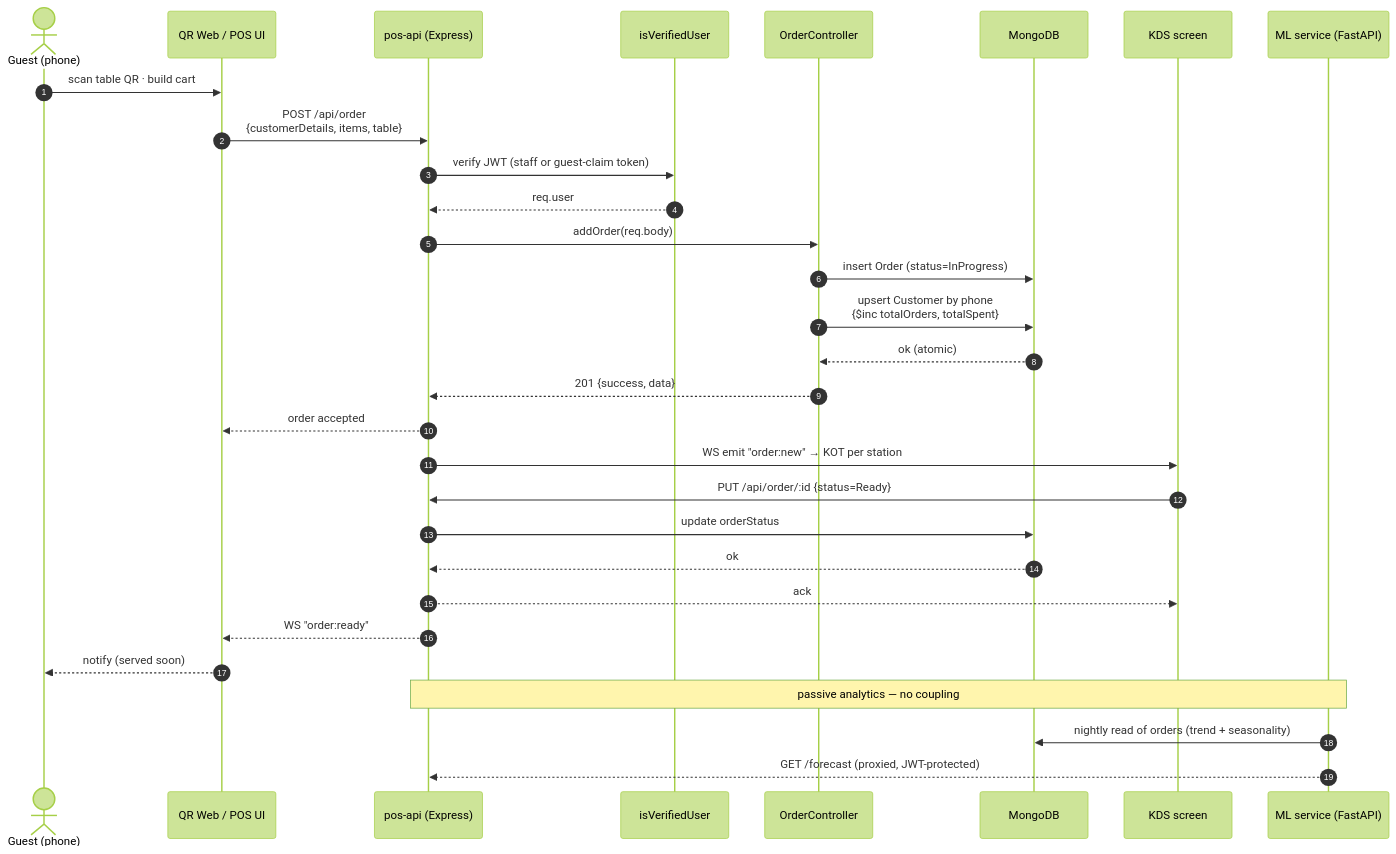
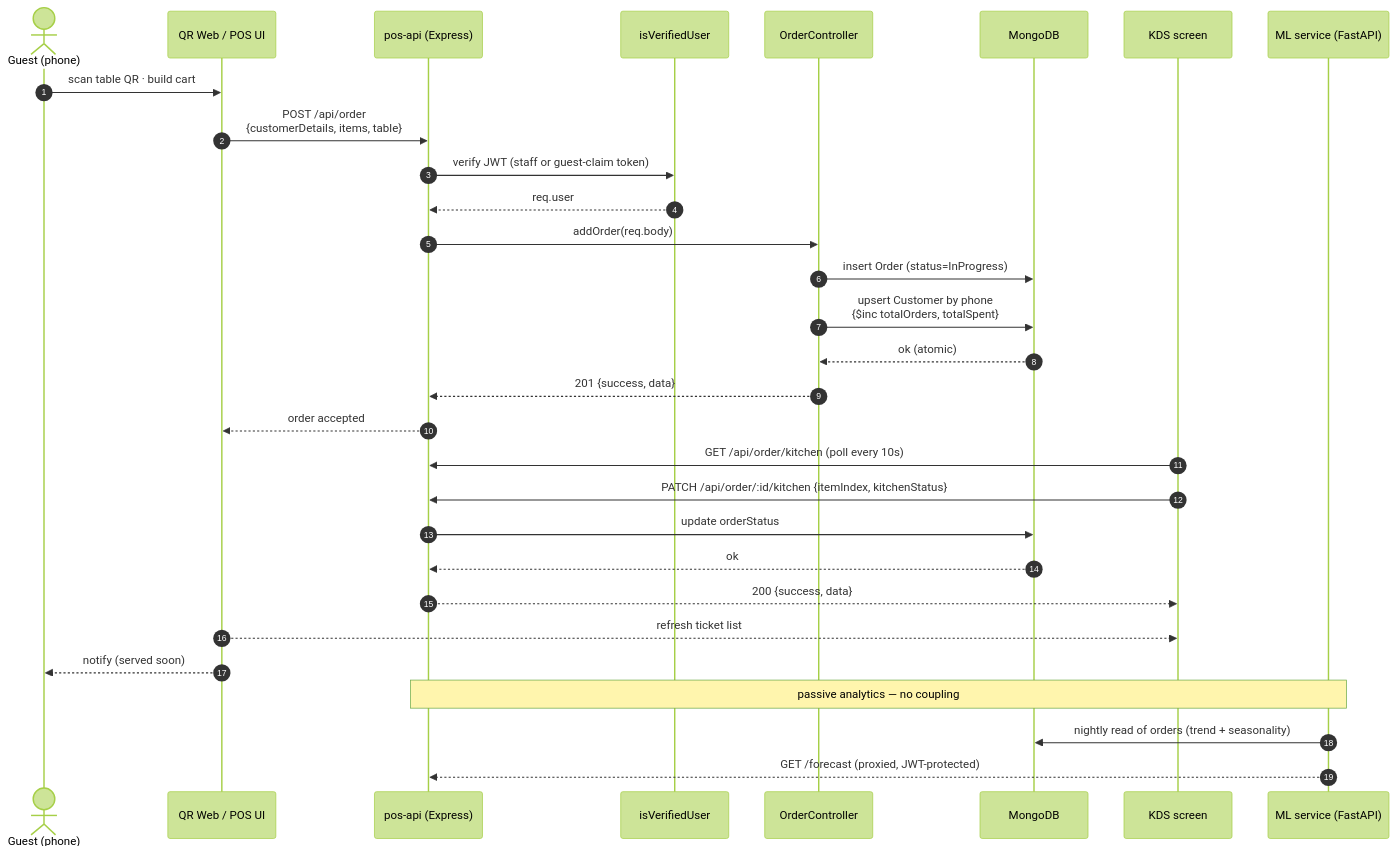
One commit to Lucifer-Newstar/DigiCraveOS changed diagram 16 of 20 in docs/digicrave-architecture/ARCHITECTURE-AND-UML.md. Above: the diagram before and after it, drawn with Mermaid (forest theme). The commit also changed other lines of this file and 14 other files, not shown here.

Commit message:
feat(kitchen): add station ticket workflow

````diff
--- a/docs/digicrave-architecture/ARCHITECTURE-AND-UML.md
+++ b/docs/digicrave-architecture/ARCHITECTURE-AND-UML.md
@@ -1095,36 +1096,36 @@
 ```mermaid
 %% U11 — SEQUENCE DIAGRAM #1 (UML 2.5 · Behavioural)
 %% "Guest QR order → KOT → pay" — message names match the repo's REST routes.
 sequenceDiagram
     autonumber
     actor G as Guest (phone)
     participant FE as QR Web / POS UI
     participant API as pos-api (Express)
     participant MW as isVerifiedUser
     participant OC as OrderController
     participant DB as MongoDB
     participant KDS as KDS screen
     participant ML as ML service (FastAPI)
 
     G->>FE: scan table QR · build cart
     FE->>API: POST /api/order<br>{customerDetails, items, table}
     API->>MW: verify JWT (staff or guest-claim token)
     MW-->>API: req.user
     API->>OC: addOrder(req.body)
     OC->>DB: insert Order (status=InProgress)
     OC->>DB: upsert Customer by phone<br>{$inc totalOrders, totalSpent}
     DB-->>OC: ok (atomic)
     OC-->>API: 201 {success, data}
     API-->>FE: order accepted
-    API->>KDS: WS emit "order:new" → KOT per station
-    KDS->>API: PUT /api/order/:id {status=Ready}
+    KDS->>API: GET /api/order/kitchen (poll every 10s)
+    KDS->>API: PATCH /api/order/:id/kitchen {itemIndex, kitchenStatus}
     API->>DB: update orderStatus
     DB-->>API: ok
-    API-->>KDS: ack
-    API-->>FE: WS "order:ready"
+    API-->>KDS: 200 {success, data}
+    FE-->>KDS: refresh ticket list
     FE-->>G: notify (served soon)
 
     Note over API,ML: passive analytics — no coupling
     ML->>DB: nightly read of orders (trend + seasonality)
     ML-->>API: GET /forecast (proxied, JWT-protected)
 ```
````
